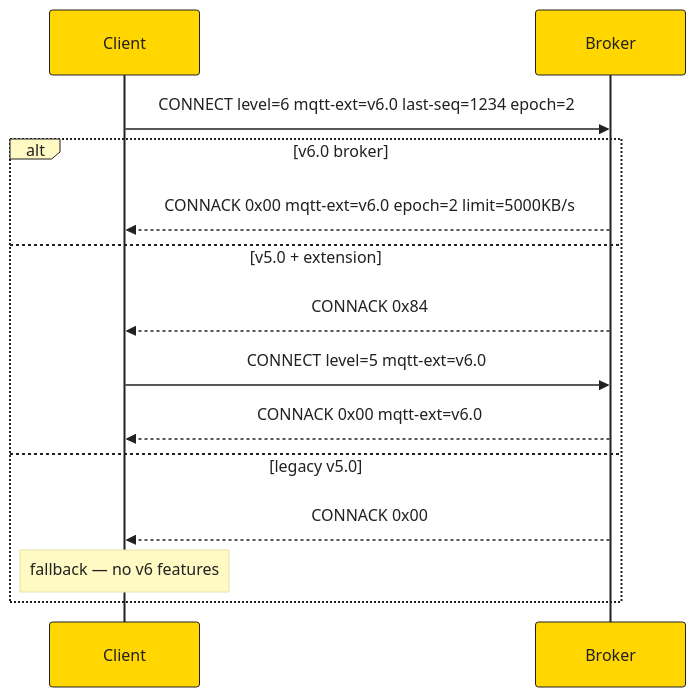
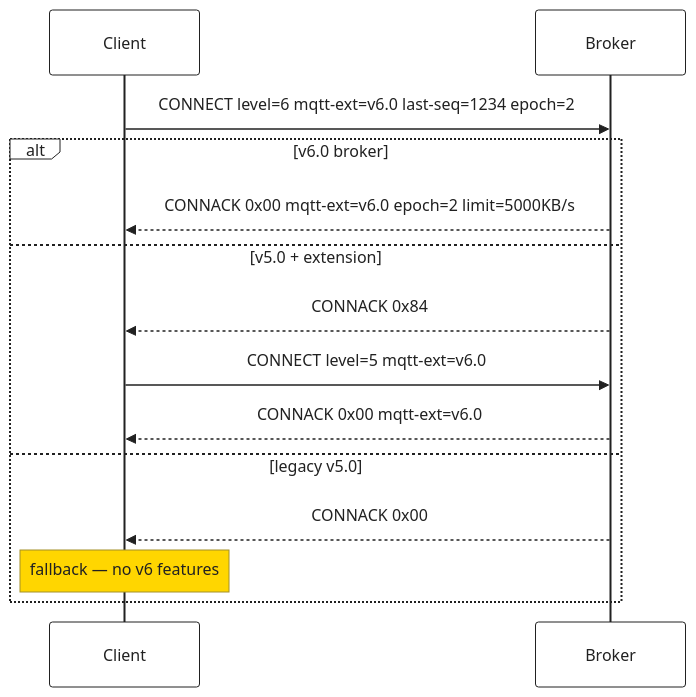
The first of 8 diagrams in docs/diagrams/packet-flows.md (bsommers/mqtt-6.0-proposal), drawn with Mermaid before and after one commit. The commit also changed other lines of this file and 2 other files, not shown here.

First line of the commit message:
Clean up diagram colors and fix \n rendering in Mermaid

````diff
--- a/docs/diagrams/packet-flows.md
+++ b/docs/diagrams/packet-flows.md
@@ -7,18 +7,18 @@
 ```mermaid
-%%{init:{'theme':'base','themeVariables':{'primaryColor':'#FFD600','primaryTextColor':'#212121','primaryBorderColor':'#212121','lineColor':'#212121','actorBkg':'#FFD600','actorBorder':'#212121','actorTextColor':'#212121','noteBkgColor':'#FFF9C4','noteTextColor':'#212121','activationBkgColor':'#FFF9C4','signalColor':'#212121','signalTextColor':'#212121','labelBoxBkgColor':'#FFF9C4'}}}%%
+%%{init:{'theme':'base','themeVariables':{'primaryColor':'#FFFFFF','primaryTextColor':'#212121','primaryBorderColor':'#212121','lineColor':'#212121','actorBkg':'#FFFFFF','actorBorder':'#212121','actorTextColor':'#212121','noteBkgColor':'#FFD600','noteTextColor':'#212121','activationBkgColor':'#F5F5F5','signalColor':'#212121','signalTextColor':'#212121','labelBoxBkgColor':'#FFFFFF'}}}%%
 sequenceDiagram
     participant C as Client
     participant B as Broker
 
     C->>B: CONNECT level=6 mqtt-ext=v6.0 last-seq=1234 epoch=2
     alt v6.0 broker
         B-->>C: CONNACK 0x00 mqtt-ext=v6.0 epoch=2 limit=5000KB/s
     else v5.0 + extension
         B-->>C: CONNACK 0x84
         C->>B: CONNECT level=5 mqtt-ext=v6.0
         B-->>C: CONNACK 0x00 mqtt-ext=v6.0
     else legacy v5.0
         B-->>C: CONNACK 0x00
         Note over C: fallback — no v6 features
     end
 ```
````
